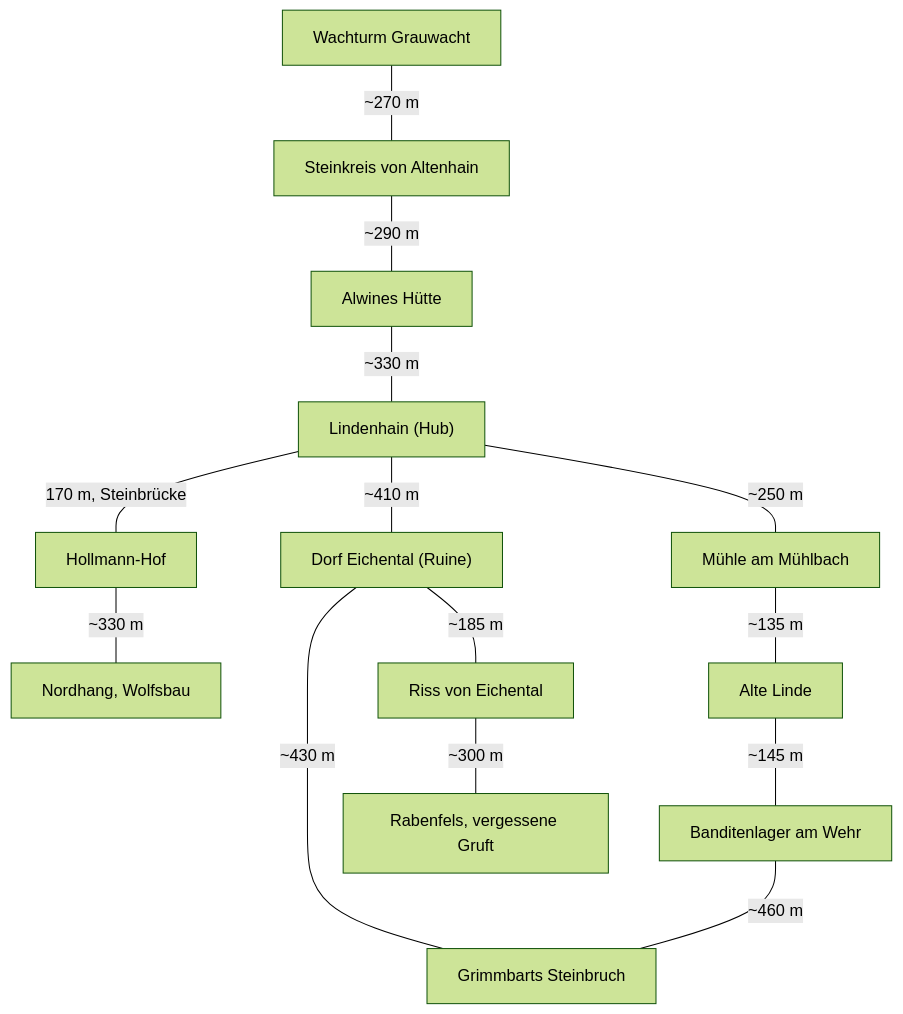
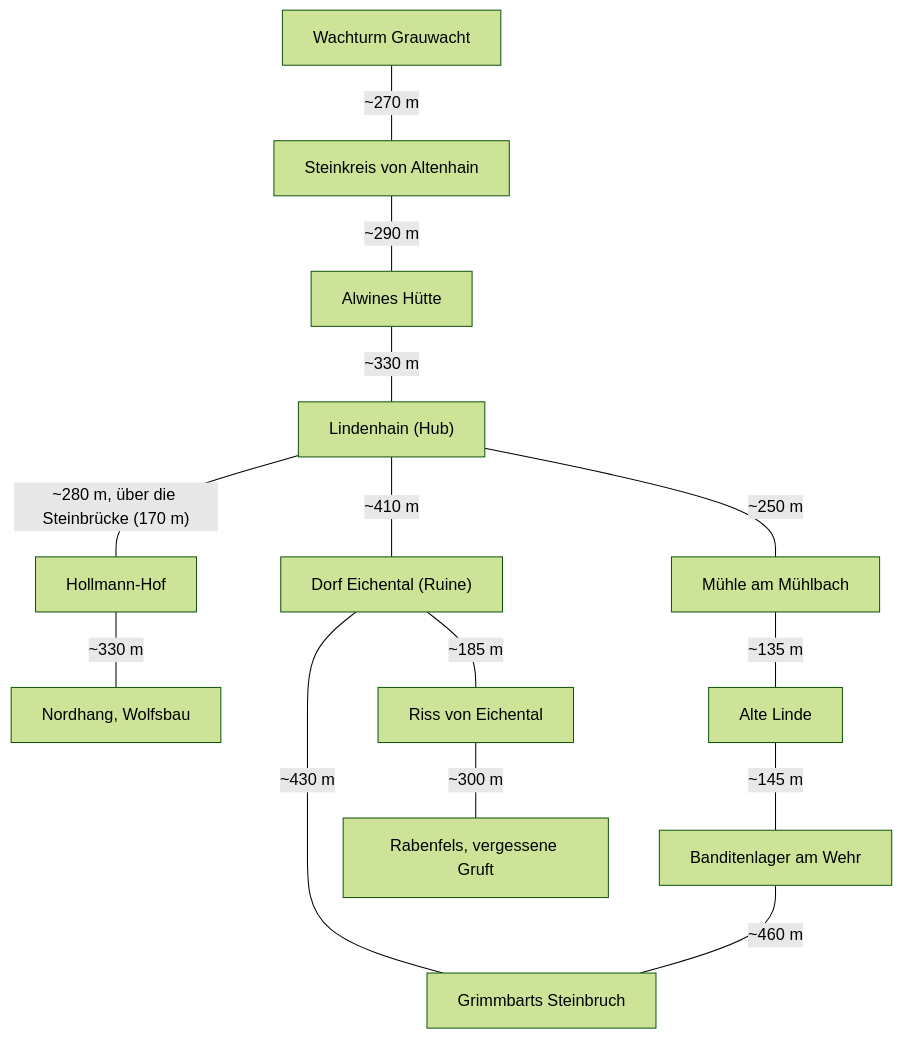
One commit to porcherliam-glitch/liam changed the third of 3 diagrams in docs/GDD/01_Welt_Story_Fraktionen.md. Above: the diagram before and after it, drawn with Mermaid (forest theme). The commit also changed other lines of this file and 5 other files, not shown here.

````diff
--- a/docs/GDD/01_Welt_Story_Fraktionen.md
+++ b/docs/GDD/01_Welt_Story_Fraktionen.md
@@ -654,16 +657,16 @@
 ```mermaid
 graph TD
   GW["Wachturm Grauwacht"] ---|"~270 m"| SK["Steinkreis von Altenhain"]
   SK ---|"~290 m"| AH["Alwines Hütte"]
   AH ---|"~330 m"| LH["Lindenhain (Hub)"]
-  LH ---|"170 m, Steinbrücke"| HH["Hollmann-Hof"]
+  LH ---|"~280 m, über die Steinbrücke (170 m)"| HH["Hollmann-Hof"]
   HH ---|"~330 m"| NH["Nordhang, Wolfsbau"]
   LH ---|"~250 m"| MU["Mühle am Mühlbach"]
   MU ---|"~135 m"| LI["Alte Linde"]
   LI ---|"~145 m"| BL["Banditenlager am Wehr"]
   LH ---|"~410 m"| DE["Dorf Eichental (Ruine)"]
   DE ---|"~185 m"| RI["Riss von Eichental"]
   RI ---|"~300 m"| RF["Rabenfels, vergessene Gruft"]
   DE ---|"~430 m"| SB["Grimmbarts Steinbruch"]
   BL ---|"~460 m"| SB
 ```
````
